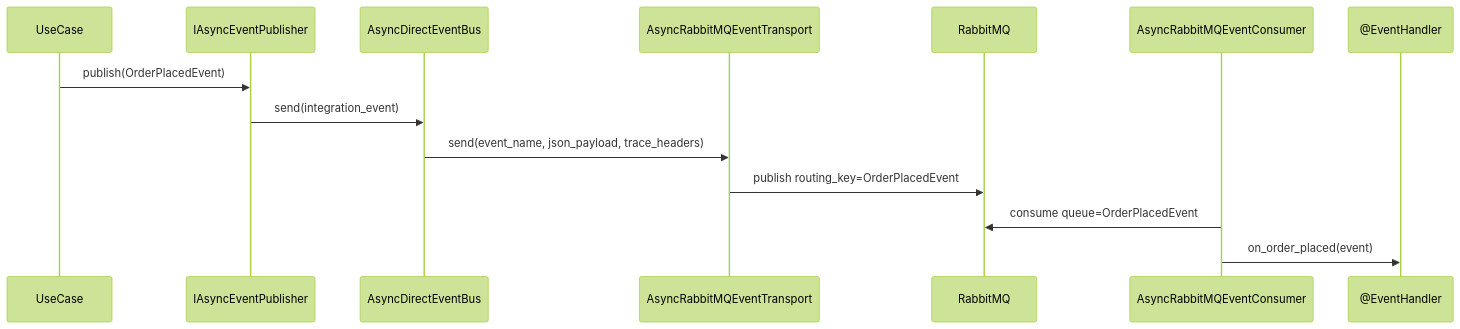
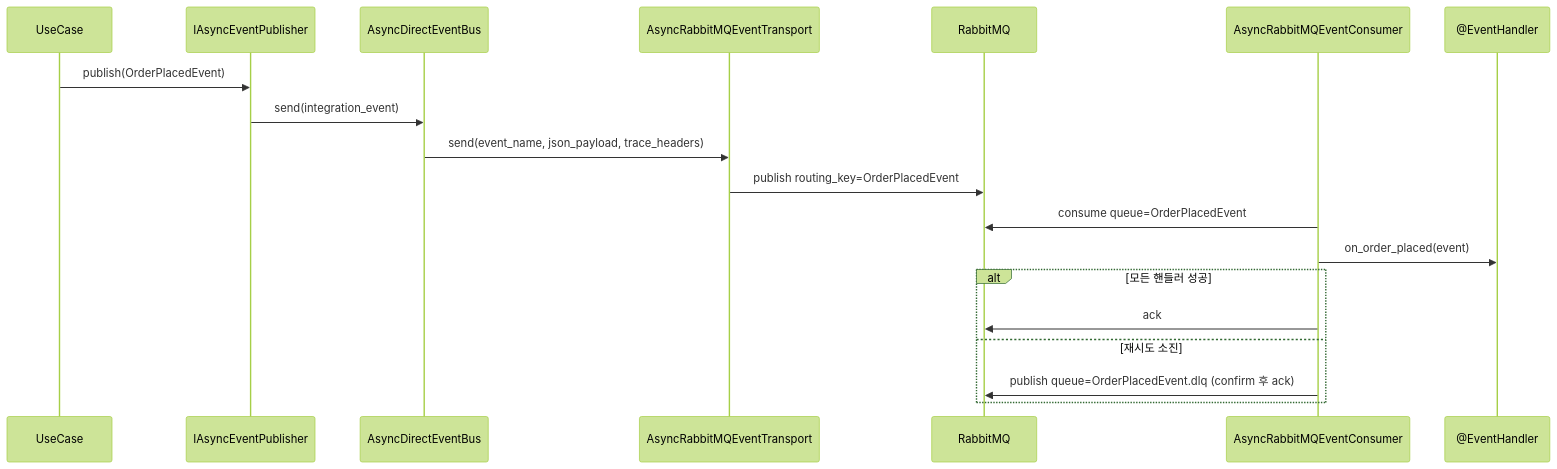
Before and after one commit to E5presso/spakky-framework: the diagram in docs/guides/rabbitmq.md, drawn with Mermaid (forest theme). The commit also changed other lines of this file and 83 other files, not shown here.

````diff
--- a/docs/guides/rabbitmq.md
+++ b/docs/guides/rabbitmq.md
@@ -129,17 +174,22 @@
 ```mermaid
 sequenceDiagram
     participant UseCase
     participant Publisher as IAsyncEventPublisher
     participant Bus as AsyncDirectEventBus
     participant Transport as AsyncRabbitMQEventTransport
     participant Broker as RabbitMQ
     participant Consumer as AsyncRabbitMQEventConsumer
     participant Handler as @EventHandler
 
     UseCase->>Publisher: publish(OrderPlacedEvent)
     Publisher->>Bus: send(integration_event)
     Bus->>Transport: send(event_name, json_payload, trace_headers)
     Transport->>Broker: publish routing_key=OrderPlacedEvent
     Consumer->>Broker: consume queue=OrderPlacedEvent
     Consumer->>Handler: on_order_placed(event)
+    alt 모든 핸들러 성공
+        Consumer->>Broker: ack
+    else 재시도 소진
+        Consumer->>Broker: publish queue=OrderPlacedEvent.dlq (confirm 후 ack)
+    end
 ```
````
